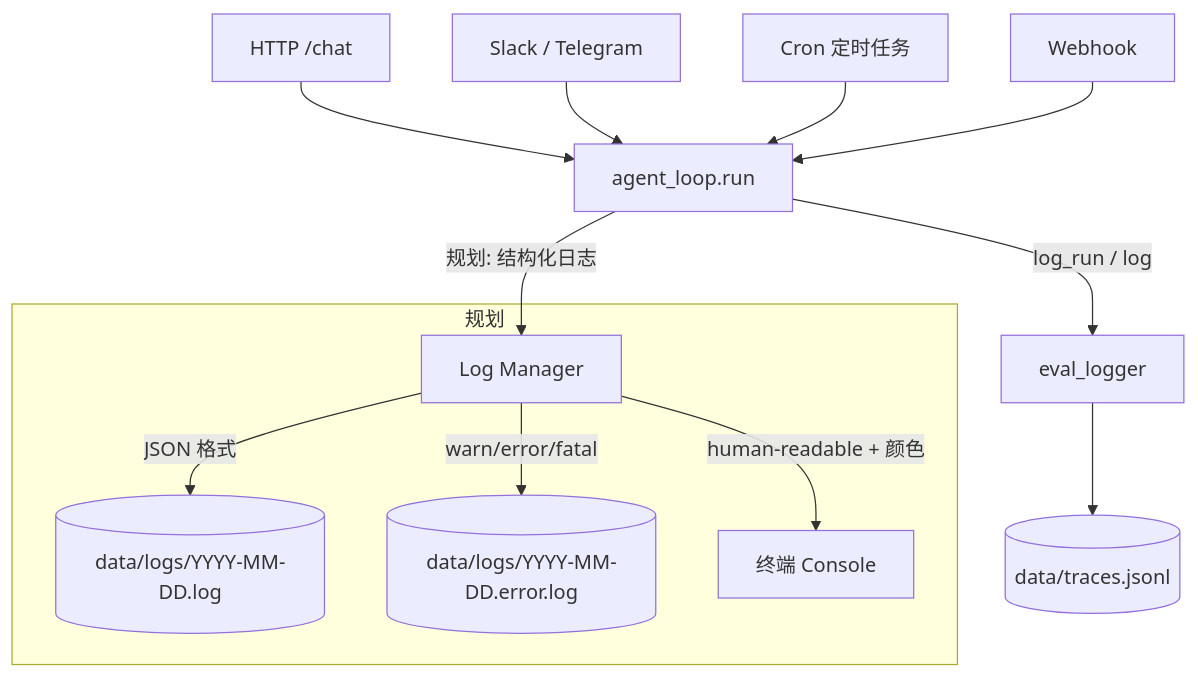
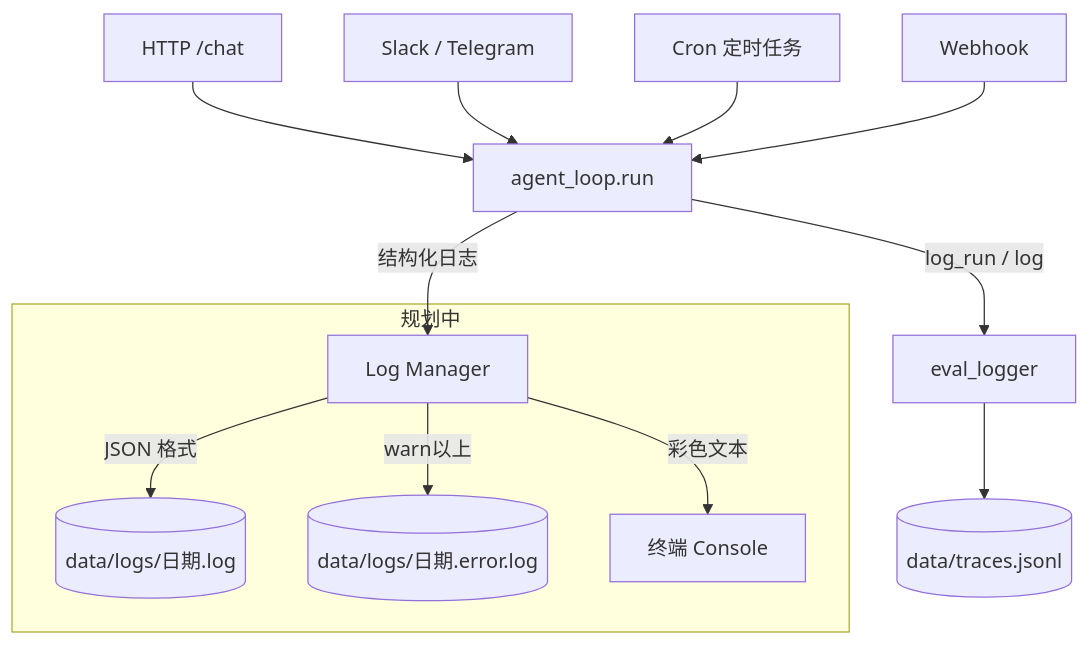
One commit to Summy2104/fleetent changed the first of 3 diagrams in docs/capabilities/observability.md. Above: the diagram before and after it, drawn with Mermaid. The commit also changed other lines of this file, not shown here.

Commit message:
docs: rewrite mermaid diagrams for VSCode preview compatibility

````diff
--- a/docs/capabilities/observability.md
+++ b/docs/capabilities/observability.md
@@ -19,22 +19,22 @@
 ```mermaid
 flowchart TD
     A["HTTP /chat"] --> AL["agent_loop.run"]
     B["Slack / Telegram"] --> AL
     C["Cron 定时任务"] --> AL
     D["Webhook"] --> AL
 
     AL -->|"log_run / log"| EL["eval_logger"]
     EL --> TJ[("data/traces.jsonl")]
 
-    AL -->|规划: 结构化日志| LM["Log Manager"]
-    LM -->|JSON 格式| LF[("data/logs/YYYY-MM-DD.log")]
-    LM -->|"warn/error/fatal"| EF[("data/logs/YYYY-MM-DD.error.log")]
-    LM -->|"human-readable + 颜色"| CON["终端 Console"]
+    subgraph 规划中
+        LM["Log Manager"]
+        LF[("data/logs/日期.log")]
+        EF[("data/logs/日期.error.log")]
+        CON["终端 Console"]
+    end
 
-    subgraph 规划
-        LM
-        LF
-        EF
-        CON
-    end
+    AL -->|结构化日志| LM
+    LM -->|JSON 格式| LF
+    LM -->|warn以上| EF
+    LM -->|彩色文本| CON
 ```
````
